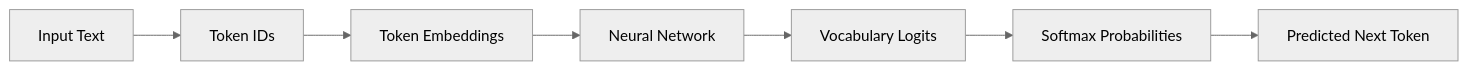
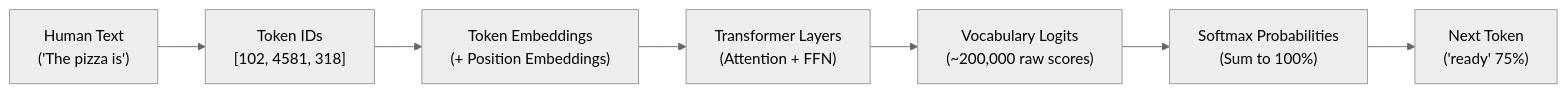
Before and after one commit to Nishant8826/theory-leaning: the first of 3 diagrams in Nameste-AI/Season_01/05_The_Computational_Brain_of_Machines.md, drawn with Mermaid (neutral theme). The commit also changed other lines of this file and 8 other files, not shown here.

````diff
--- a/Nameste-AI/Season_01/05_The_Computational_Brain_of_Machines.md
+++ b/Nameste-AI/Season_01/05_The_Computational_Brain_of_Machines.md
@@ -36,9 +39,9 @@
 ```mermaid
 flowchart LR
-    A[Input Text] --> B[Token IDs]
-    B --> C[Token Embeddings]
-    C --> D[Neural Network]
-    D --> E[Vocabulary Logits]
-    E --> F[Softmax Probabilities]
-    F --> G[Predicted Next Token]
+    A["Human Text\n('The pizza is')"] --> B["Token IDs\n[102, 4581, 318]"]
+    B --> C["Token Embeddings\n(+ Position Embeddings)"]
+    C --> D["Transformer Layers\n(Attention + FFN)"]
+    D --> E["Vocabulary Logits\n(~200,000 raw scores)"]
+    E --> F["Softmax Probabilities\n(Sum to 100%)"]
+    F --> G["Next Token\n('ready' 75%)"]
 ```
````
